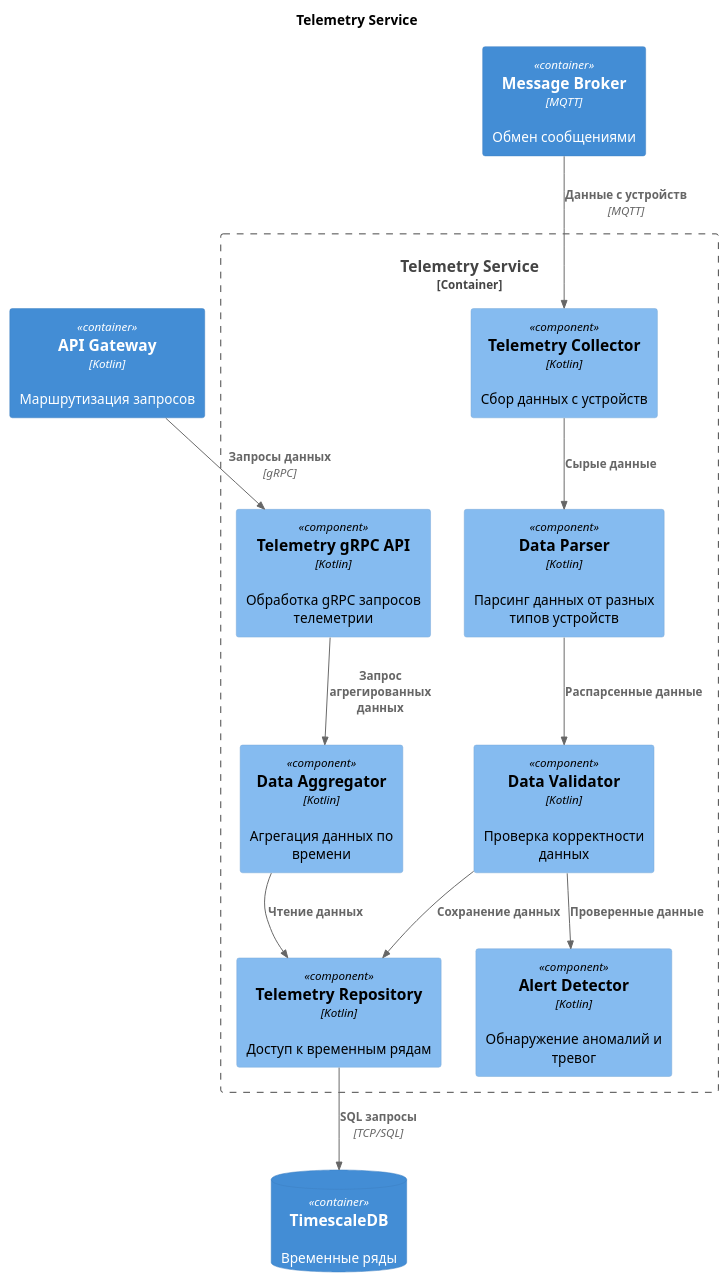
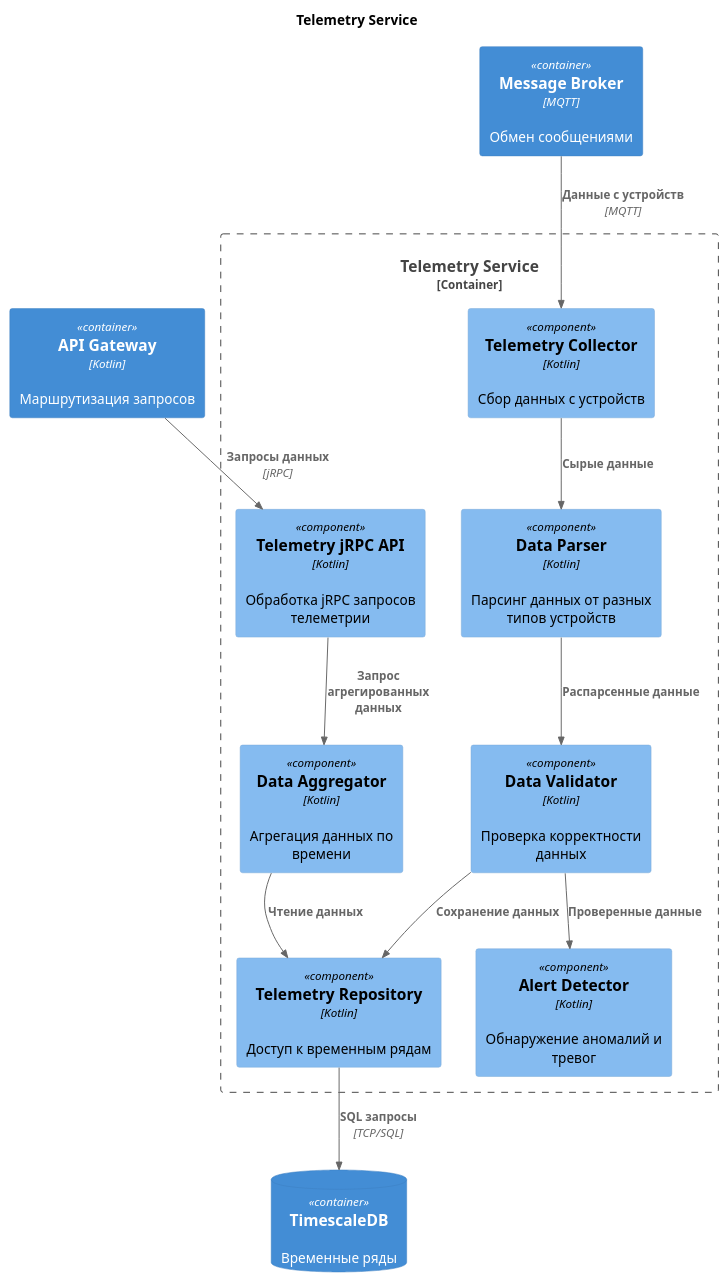
One commit to svNikitij/architecture-warmhouse-docs changed the diagram in uml/components/ToBeComponentsLairTelemetryService.puml. Above: the diagram before and after it, drawn with PlantUML. The commit also changed 8 other files, not shown here.

```diff
--- a/uml/components/ToBeComponentsLairTelemetryService.puml
+++ b/uml/components/ToBeComponentsLairTelemetryService.puml
@@ -1,30 +1,30 @@
 @startuml
 title Telemetry Service
 
 !includeurl https://raw.githubusercontent.com/RicardoNiepel/C4-PlantUML/master/C4_Component.puml
 
 Container(api_gateway, "API Gateway", "Kotlin", "Маршрутизация запросов")
 Container(broker, "Message Broker", "MQTT", "Обмен сообщениями")
 ContainerDb(timescale, "TimescaleDB", "", "Временные ряды")
 
 Container_Boundary(telemetry_service_boundary, "Telemetry Service") {
-    Component(telemetry_grpc_api, "Telemetry gRPC API", "Kotlin", "Обработка gRPC запросов телеметрии")
+    Component(telemetry_jRPC_api, "Telemetry jRPC API", "Kotlin", "Обработка jRPC запросов телеметрии")
     Component(telemetry_collector, "Telemetry Collector", "Kotlin", "Сбор данных с устройств")
     Component(telemetry_data_parser, "Data Parser", "Kotlin", "Парсинг данных от разных типов устройств")
     Component(telemetry_data_aggregator, "Data Aggregator", "Kotlin", "Агрегация данных по времени")
     Component(telemetry_data_validator, "Data Validator", "Kotlin", "Проверка корректности данных")
     Component(telemetry_repository, "Telemetry Repository", "Kotlin", "Доступ к временным рядам")
     Component(telemetry_alert_detector, "Alert Detector", "Kotlin", "Обнаружение аномалий и тревог")
 }
 
 Rel(telemetry_collector, telemetry_data_parser, "Сырые данные")
 Rel(telemetry_data_parser, telemetry_data_validator, "Распарсенные данные")
 Rel(telemetry_data_validator, telemetry_alert_detector, "Проверенные данные")
 Rel(telemetry_data_validator, telemetry_repository, "Сохранение данных")
-Rel(telemetry_grpc_api, telemetry_data_aggregator, "Запрос агрегированных данных")
+Rel(telemetry_jRPC_api, telemetry_data_aggregator, "Запрос агрегированных данных")
 Rel(telemetry_data_aggregator, telemetry_repository, "Чтение данных")
 Rel(telemetry_repository, timescale, "SQL запросы", "TCP/SQL")
-Rel(api_gateway, telemetry_grpc_api, "Запросы данных", "gRPC")
+Rel(api_gateway, telemetry_jRPC_api, "Запросы данных", "jRPC")
 Rel(broker, telemetry_collector, "Данные с устройств", "MQTT")
 
 @enduml
```
